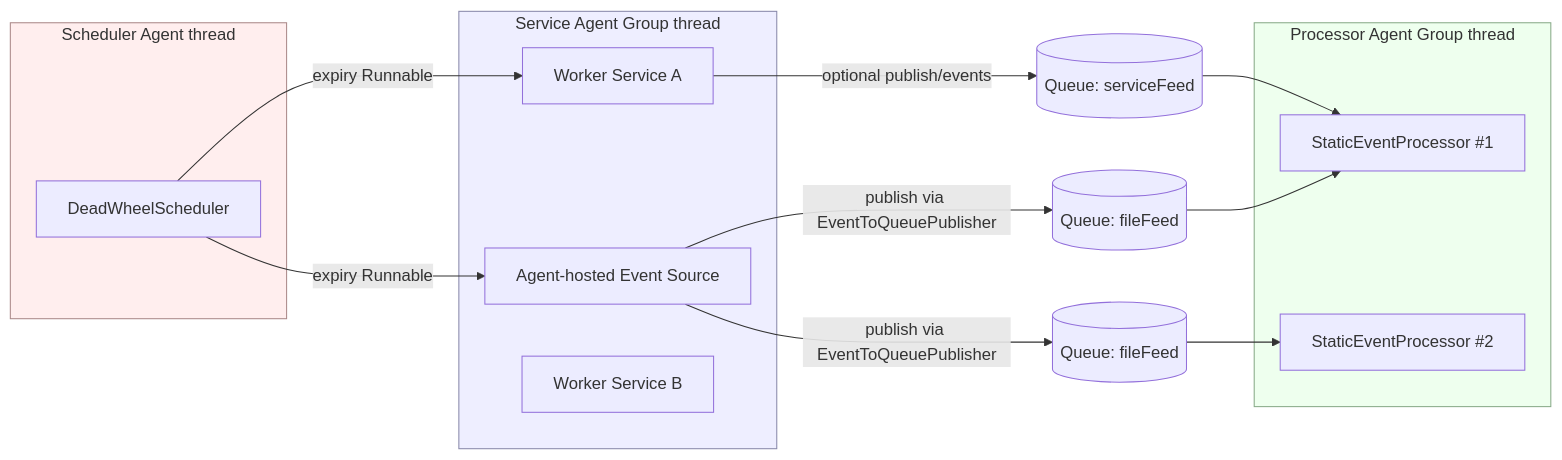
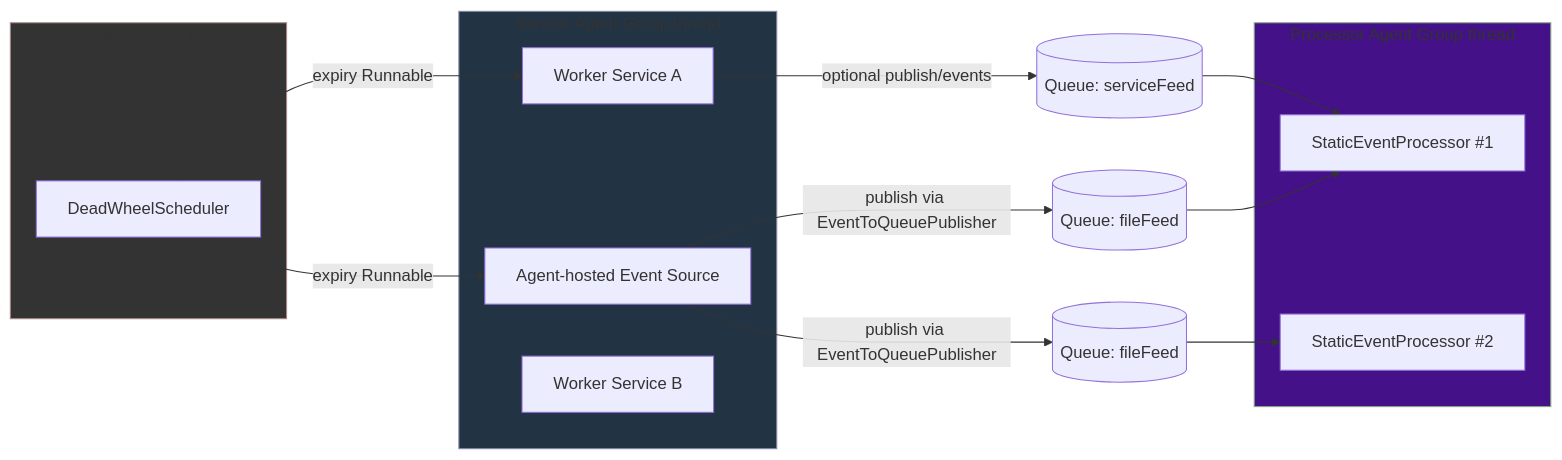
One commit to gregv12/fluxtion-server changed the first of 3 diagrams in docs/guide/threading-model.md. Above: the diagram before and after it, drawn with Mermaid.

Commit message:
docs: Update color scheme in threading model sequence diagram

````diff
--- a/docs/guide/threading-model.md
+++ b/docs/guide/threading-model.md
@@ -45,27 +45,27 @@
 ```mermaid
 flowchart LR
     subgraph ServiceAgentGroup [Service Agent Group thread]
         ES1[Agent-hosted Event Source]
         WS1[Worker Service A]
         WS2[Worker Service B]
     end
 
     subgraph ProcessorAgentGroup [Processor Agent Group thread]
         P1[StaticEventProcessor #1]
         P2[StaticEventProcessor #2]
     end
 
     subgraph SchedulerAgent [Scheduler Agent thread]
         Svc[DeadWheelScheduler]
     end
 
     ES1 -- publish via EventToQueuePublisher --> Q1[(Queue: fileFeed)] --> P1
     ES1 -- publish via EventToQueuePublisher --> Q2[(Queue: fileFeed)] --> P2
     WS1 -- optional publish/events --> Q3[(Queue: serviceFeed)] --> P1
     Svc -- expiry Runnable --> WS1
     Svc -- expiry Runnable --> ES1
 
-    style ServiceAgentGroup fill:#eef,stroke:#88a
-    style ProcessorAgentGroup fill:#efe,stroke:#8a8
-    style SchedulerAgent fill:#fee,stroke:#a88
+    style ServiceAgentGroup fill:#234,stroke:#88a
+    style ProcessorAgentGroup fill:#418,stroke:#8a8
+    style SchedulerAgent fill:#333,stroke:#a88
 ```
````
